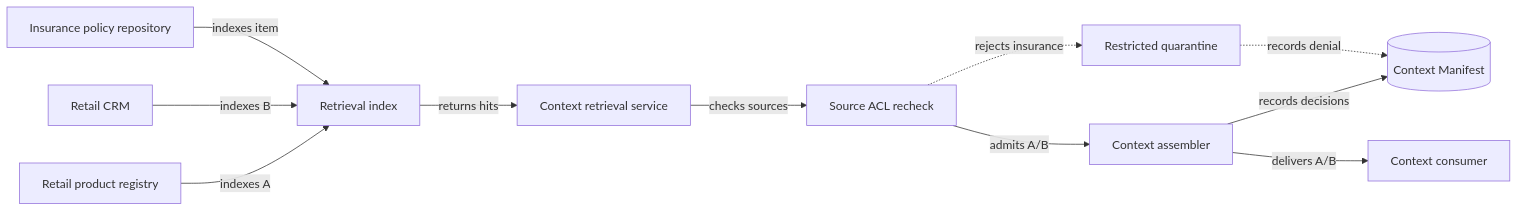
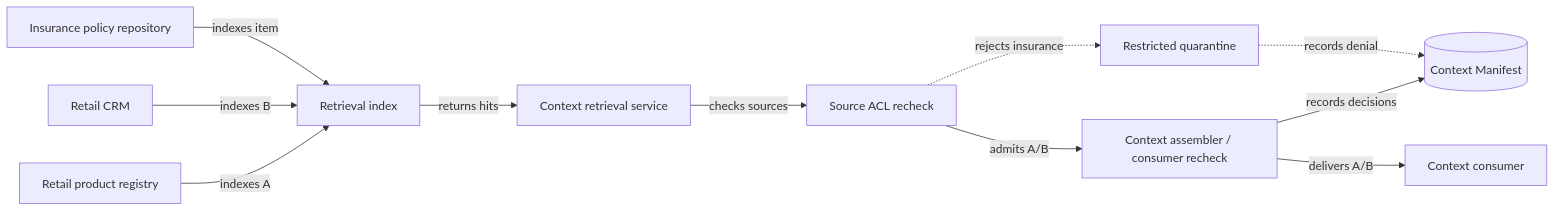
One commit to smartnimbus/enterprise-ai-platform-engineering-book changed the diagram in publishing/apress/acquisition-samples/figures/figure-13-1.mmd. Above: the diagram before and after it, drawn with Mermaid. The commit also changed 6 other files, not shown here.

Commit message:
production(chapter-13): complete figure legends and native diagram sources

```diff
--- a/publishing/apress/acquisition-samples/figures/figure-13-1.mmd
+++ b/publishing/apress/acquisition-samples/figures/figure-13-1.mmd
@@ -1,13 +1,13 @@
 %% Figure 13-1 — Context Manifest Assembly
 %% Retail records A and B pass source and consumer checks and enter context. The incorrectly tagged insurance result fails the source check and follows a quarantine path that cannot deliver its payload to the agent.
 flowchart LR
  A["Retail product registry"] -->|indexes A| I["Retrieval index"]
  B["Retail CRM"] -->|indexes B| I
  X["Insurance policy repository"] -->|indexes item| I
  I -->|returns hits| S["Context retrieval service"]
  S -->|checks sources| C["Source ACL recheck"]
- C -->|admits A/B| M["Context assembler"]
+ C -->|admits A/B| M["Context assembler / consumer recheck"]
  C -.->|rejects insurance| Q["Restricted quarantine"]
  M -->|records decisions| R[("Context Manifest")]
  Q -.->|records denial| R
  M -->|delivers A/B| U["Context consumer"]
```
